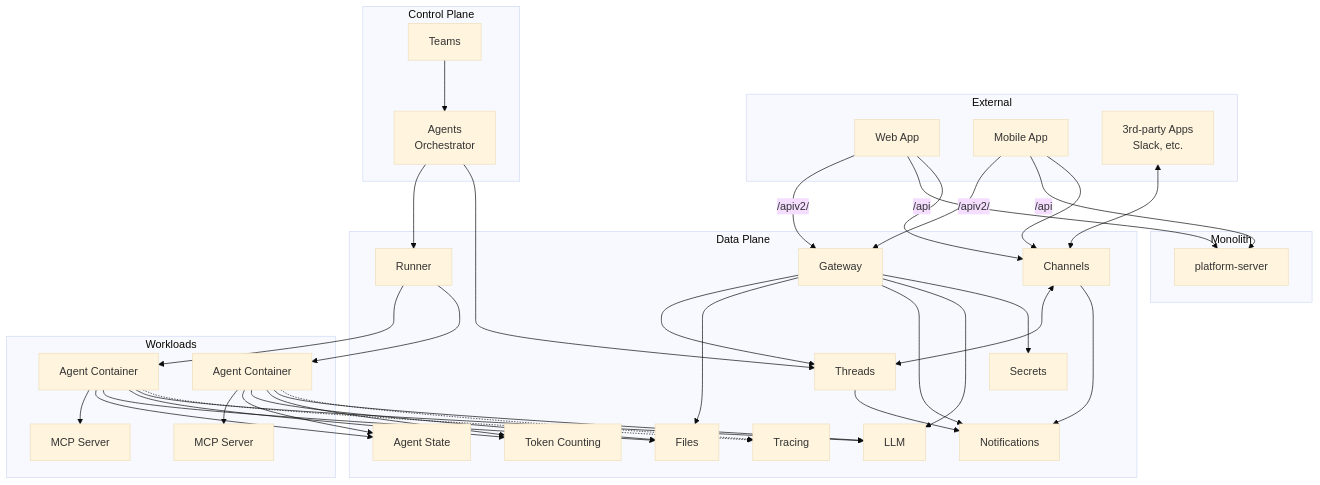
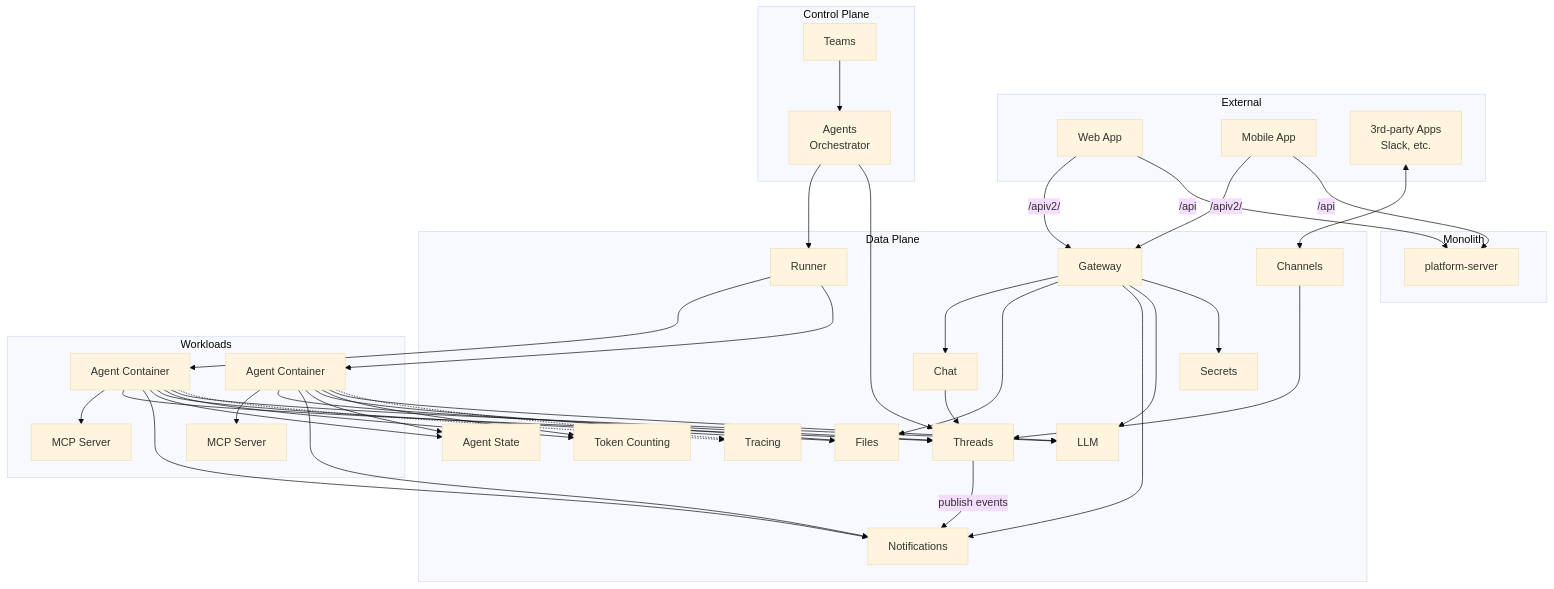
The diagram in architecture/system-overview.md (agynio/architecture), drawn with Mermaid (base theme) before and after one commit. The commit also changed other lines of this file and 9 other files, not shown here.

````diff
--- a/architecture/system-overview.md
+++ b/architecture/system-overview.md
@@ -7,66 +7,68 @@
 ```mermaid
 graph TB
     subgraph External
         WebApp[Web App]
         MobileApp[Mobile App]
         ThirdParty[3rd-party Apps<br/>Slack, etc.]
     end
 
     subgraph Control Plane
         Teams[Teams]
         AgentsOrch[Agents<br/>Orchestrator]
     end
 
     subgraph Data Plane
         Gateway[Gateway]
+        Chat[Chat]
         Channels[Channels]
         Threads[Threads]
         Files[Files]
         TokenCounting[Token Counting]
         LLM[LLM]
         Secrets[Secrets]
         Notifications[Notifications]
         Runner[Runner]
         AgentState[Agent State]
         Tracing[Tracing]
     end
 
     subgraph Workloads
         Agent1[Agent Container]
         Agent2[Agent Container]
         MCP1[MCP Server]
         MCP2[MCP Server]
     end
 
     subgraph Monolith
         PS[platform-server]
     end
 
     WebApp & MobileApp -- "/apiv2/" --> Gateway
     WebApp & MobileApp -- "/api" --> PS
     ThirdParty <--> Channels
-    WebApp & MobileApp --> Channels
 
-    Gateway --> Threads
+    Gateway --> Chat
     Gateway --> Files
     Gateway --> Notifications
     Gateway --> LLM
     Gateway --> Secrets
-    Channels <--> Threads
-    Channels --> Notifications
+    Chat --> Threads
+    Channels --> Threads
 
-    Threads --> Notifications
+    Threads -->|publish events| Notifications
     AgentsOrch --> Runner
     AgentsOrch --> Threads
 
     Runner --> Agent1 & Agent2
     Agent1 --> MCP1
     Agent2 --> MCP2
+    Agent1 & Agent2 --> Threads
+    Agent1 & Agent2 --> Notifications
     Agent1 & Agent2 --> AgentState
     Agent1 & Agent2 --> Files
     Agent1 & Agent2 --> TokenCounting
     Agent1 & Agent2 --> LLM
     Agent1 & Agent2 -.-> Tracing
 
     Teams --> AgentsOrch
 ```
````
